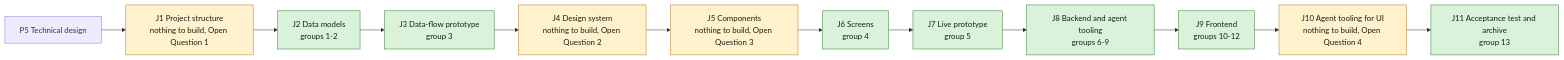
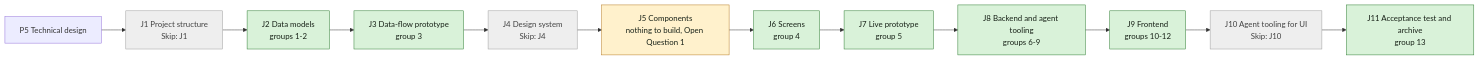
The diagram in specs/openspec/changes/turn-agent-questions-off-for-one-issue/tasks.md (appboypov/multica), drawn with Mermaid before and after one commit. The commit also changed other lines of this file and 1 other file, not shown here.

First line of the commit message:
docs(specs): record Brian's skip of J1, J4 and J10

````diff
--- a/specs/openspec/changes/turn-agent-questions-off-for-one-issue/tasks.md
+++ b/specs/openspec/changes/turn-agent-questions-off-for-one-issue/tasks.md
@@ -3,17 +3,18 @@
 ```mermaid
 flowchart LR
   classDef work fill:#d9f2d9,stroke:#2e7d32,color:#172117
   classDef ask fill:#fff1cc,stroke:#b7791f,color:#172117
+  classDef skip fill:#eeeeee,stroke:#9e9e9e,color:#424242
   P5[P5 Technical design] --> J1
-  J1[J1 Project structure<br/>nothing to build, Open Question 1]:::ask --> J2
+  J1[J1 Project structure<br/>Skip: J1]:::skip --> J2
   J2[J2 Data models<br/>groups 1-2]:::work --> J3
   J3[J3 Data-flow prototype<br/>group 3]:::work --> J4
-  J4[J4 Design system<br/>nothing to build, Open Question 2]:::ask --> J5
-  J5[J5 Components<br/>nothing to build, Open Question 3]:::ask --> J6
+  J4[J4 Design system<br/>Skip: J4]:::skip --> J5
+  J5[J5 Components<br/>nothing to build, Open Question 1]:::ask --> J6
   J6[J6 Screens<br/>group 4]:::work --> J7
   J7[J7 Live prototype<br/>group 5]:::work --> J8
   J8[J8 Backend and agent tooling<br/>groups 6-9]:::work --> J9
   J9[J9 Frontend<br/>groups 10-12]:::work --> J10
-  J10[J10 Agent tooling for UI<br/>nothing to build, Open Question 4]:::ask --> J11
+  J10[J10 Agent tooling for UI<br/>Skip: J10]:::skip --> J11
   J11[J11 Acceptance test and archive<br/>group 13]:::work
 ```
````
